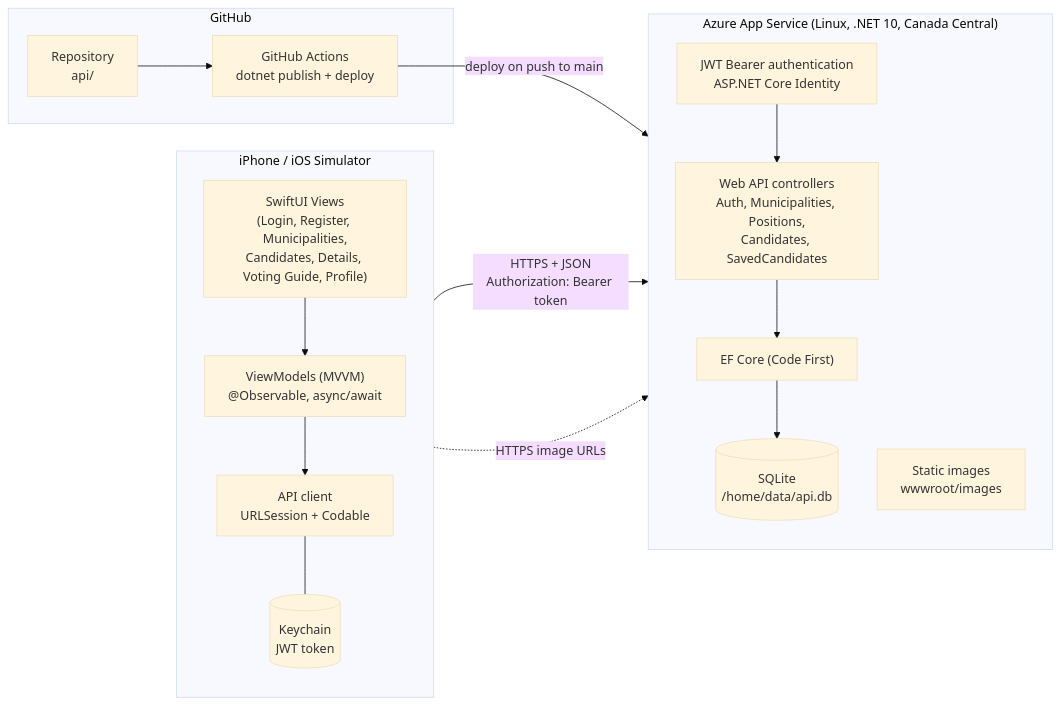
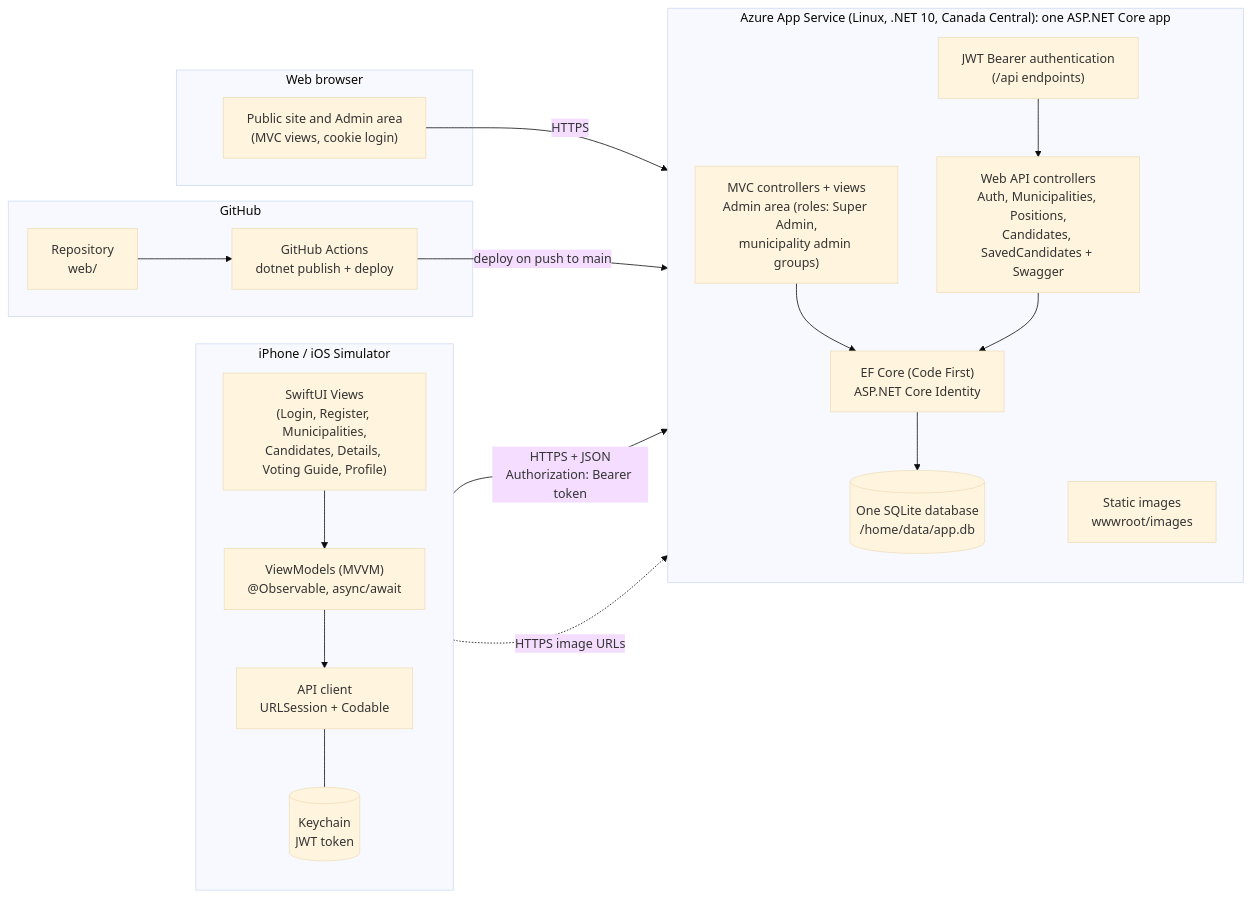
The diagram in docs/diagrams.md (mskim9097/comp4976_assignment1), drawn with Mermaid (base theme) before and after one commit. The commit also changed other lines of this file and 74 other files, not shown here.

Commit message:
Merge the Web API into the web app: one project, one SQLite database, roles and seed data

````diff
--- a/docs/diagrams.md
+++ b/docs/diagrams.md
@@ -14,30 +14,38 @@
 ```mermaid
 flowchart LR
+    subgraph Browser["Web browser"]
+        Site["Public site and Admin area<br/>(MVC views, cookie login)"]
+    end
+
     subgraph Phone["iPhone / iOS Simulator"]
         direction TB
         Views["SwiftUI Views<br/>(Login, Register, Municipalities,<br/>Candidates, Details, Voting Guide, Profile)"]
         VM["ViewModels (MVVM)<br/>@Observable, async/await"]
         Svc["API client<br/>URLSession + Codable"]
         KC[("Keychain<br/>JWT token")]
         Views --> VM --> Svc
         Svc --- KC
     end
 
-    subgraph Azure["Azure App Service (Linux, .NET 10, Canada Central)"]
+    subgraph Azure["Azure App Service (Linux, .NET 10, Canada Central): one ASP.NET Core app"]
         direction TB
-        Auth["JWT Bearer authentication<br/>ASP.NET Core Identity"]
-        Ctl["Web API controllers<br/>Auth, Municipalities, Positions,<br/>Candidates, SavedCandidates"]
-        EF["EF Core (Code First)"]
-        DB[("SQLite<br/>/home/data/api.db")]
+        MVC["MVC controllers + views<br/>Admin area (roles: Super Admin,<br/>municipality admin groups)"]
+        Auth["JWT Bearer authentication<br/>(/api endpoints)"]
+        Ctl["Web API controllers<br/>Auth, Municipalities, Positions,<br/>Candidates, SavedCandidates + Swagger"]
+        EF["EF Core (Code First)<br/>ASP.NET Core Identity"]
+        DB[("One SQLite database<br/>/home/data/app.db")]
         Img["Static images<br/>wwwroot/images"]
-        Auth --> Ctl --> EF --> DB
+        MVC --> EF
+        Auth --> Ctl --> EF
+        EF --> DB
     end
 
+    Site -- "HTTPS" --> MVC
     Svc -- "HTTPS + JSON<br/>Authorization: Bearer token" --> Auth
     Svc -. "HTTPS image URLs" .-> Img
 
     subgraph CI["GitHub"]
-        Repo["Repository<br/>api/"] --> Actions["GitHub Actions<br/>dotnet publish + deploy"]
+        Repo["Repository<br/>web/"] --> Actions["GitHub Actions<br/>dotnet publish + deploy"]
     end
     Actions -- "deploy on push to main" --> Azure
 ```
````
